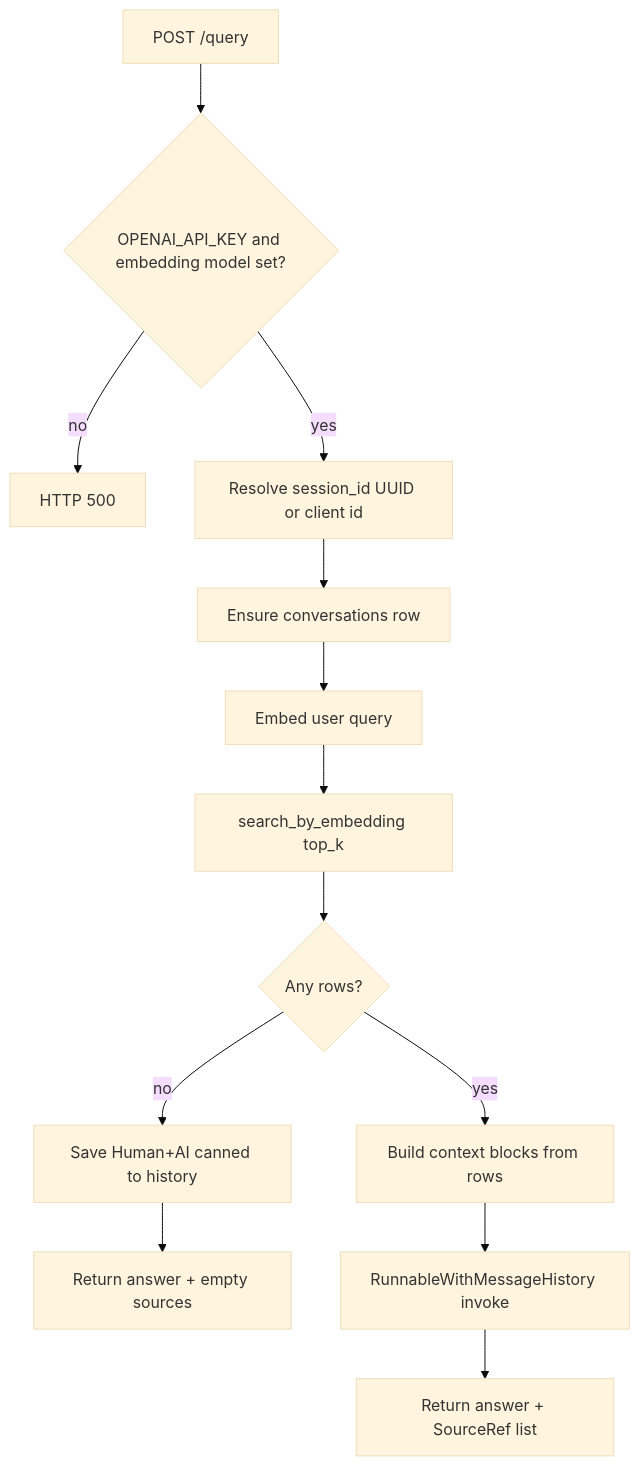
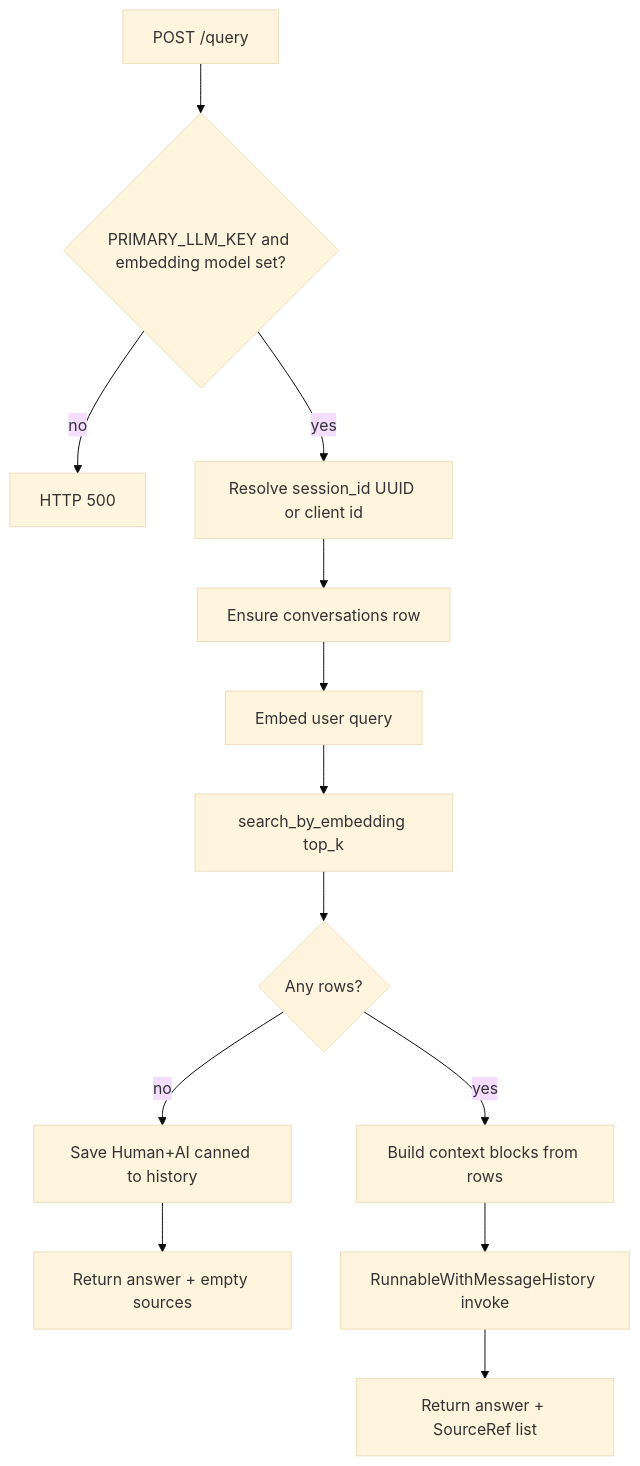
The third of 4 diagrams in docs/rag-query-flow.md (mattburnett-repo/chat-mvp), drawn with Mermaid (base theme) before and after one commit. The commit also changed 22 other files, not shown here.

First line of the commit message:
Swapped primary model (#8)

````diff
--- a/docs/rag-query-flow.md
+++ b/docs/rag-query-flow.md
@@ -43,15 +43,15 @@
 ```mermaid
 flowchart TD
-  A[POST /query] --> B{OPENAI_API_KEY and embedding model set?}
+  A[POST /query] --> B{PRIMARY_LLM_KEY and embedding model set?}
   B -->|no| E500[HTTP 500]
   B -->|yes| C[Resolve session_id UUID or client id]
   C --> D[Ensure conversations row]
   D --> F[Embed user query]
   F --> G[search_by_embedding top_k]
   G --> H{Any rows?}
   H -->|no| I[Save Human+AI canned to history]
   I --> J[Return answer + empty sources]
   H -->|yes| K[Build context blocks from rows]
   K --> L[RunnableWithMessageHistory invoke]
   L --> M[Return answer + SourceRef list]
 ```
````
